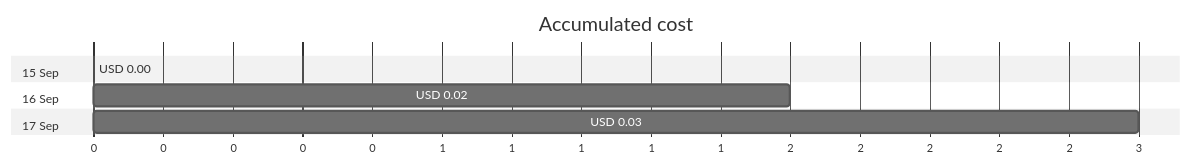
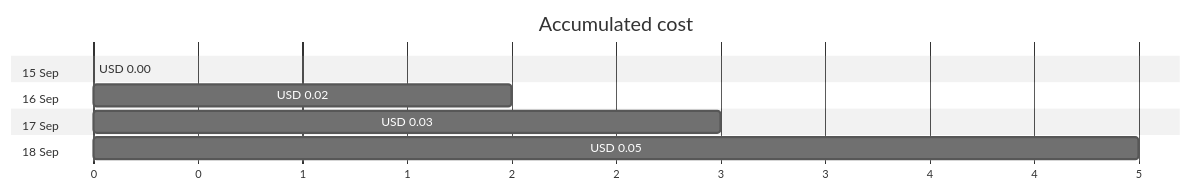
Before and after one commit to jpfulton/azure-personal-reports: the first of 4 diagrams in cost-reports/personal-network/ubuntu-vpn-server-spot_OsDisk_snapshot_20130915.md, drawn with Mermaid (neutral theme). The commit also changed other lines of this file and 17 other files, not shown here.

````diff
--- a/cost-reports/personal-network/ubuntu-vpn-server-spot_OsDisk_snapshot_20130915.md
+++ b/cost-reports/personal-network/ubuntu-vpn-server-spot_OsDisk_snapshot_20130915.md
@@ -20,12 +20,14 @@
 ```mermaid
 gantt
    title Accumulated cost
    dateFormat  X
    axisFormat %s
    section 15 Sep
    USD 0.00 :0, 0
    section 16 Sep
    USD 0.02 :0, 2
    section 17 Sep
    USD 0.03 :0, 3
+   section 18 Sep
+   USD 0.05 :0, 5
 ```
````
